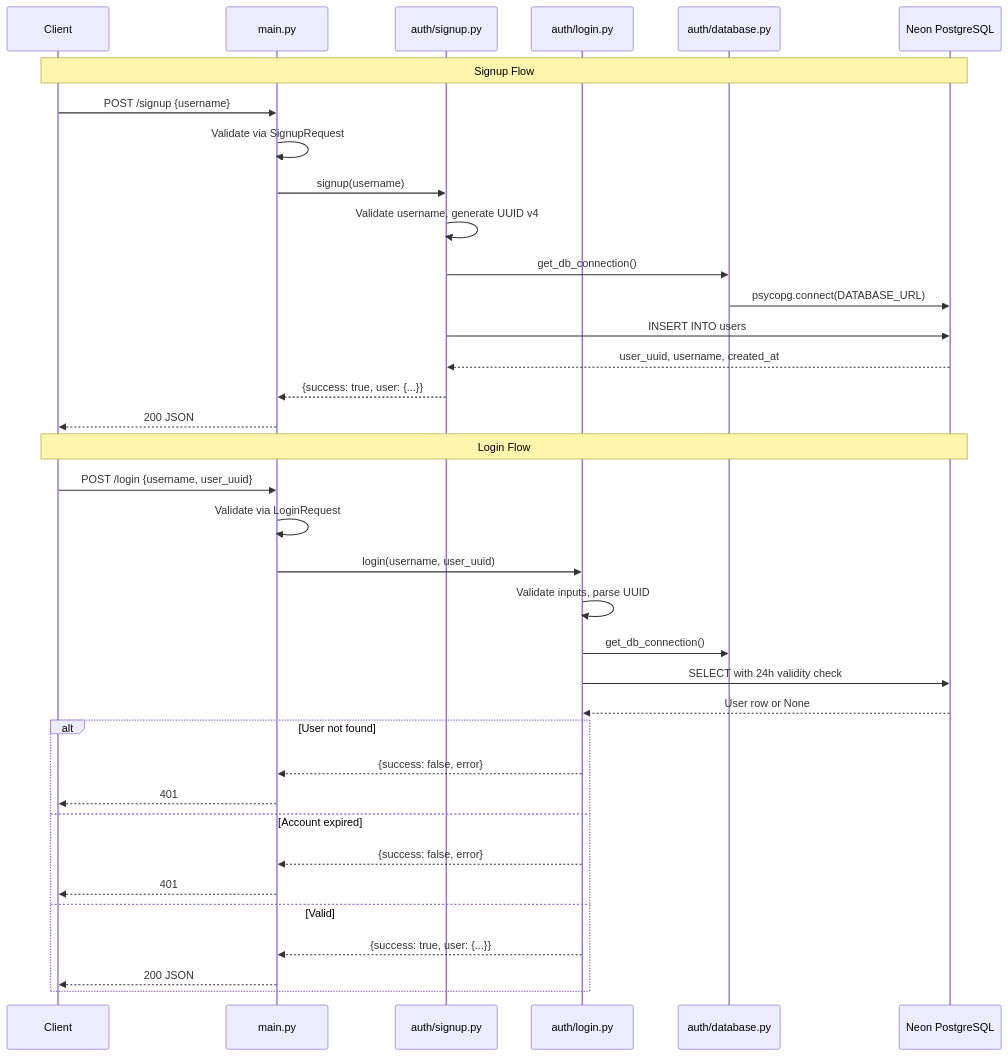
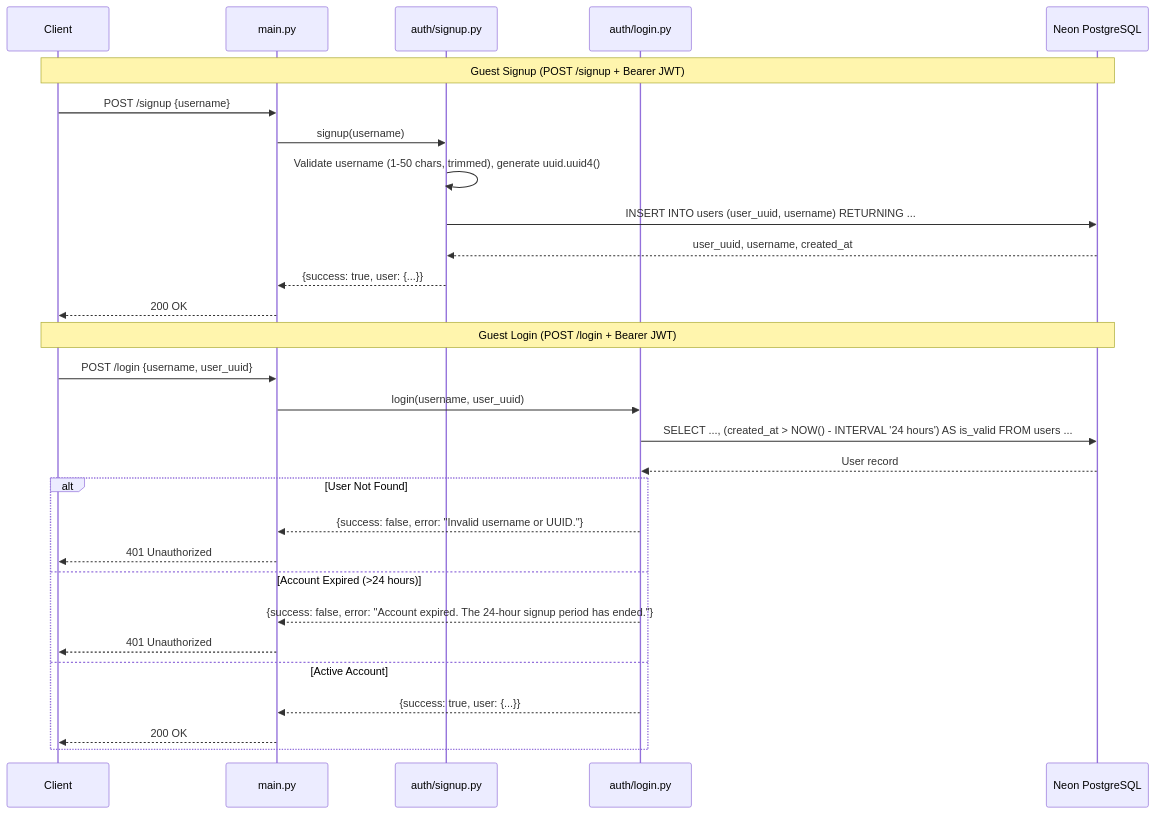
One commit to MONARCH1108/monarch-AI-Bot changed the third of 5 diagrams in server/Documents/PROJECT_FLOWS.md. Above: the diagram before and after it, drawn with Mermaid. The commit also changed other lines of this file and 12 other files, not shown here.

````diff
--- a/server/Documents/PROJECT_FLOWS.md
+++ b/server/Documents/PROJECT_FLOWS.md
@@ -84,40 +114,33 @@
 ```mermaid
 sequenceDiagram
     participant Client
     participant FastAPI as main.py
     participant Signup as auth/signup.py
     participant Login as auth/login.py
-    participant DB as auth/database.py
     participant Postgres as Neon PostgreSQL
 
-    Note over Client,Postgres: Signup Flow
+    Note over Client,Postgres: Guest Signup (POST /signup + Bearer JWT)
     Client->>FastAPI: POST /signup {username}
-    FastAPI->>FastAPI: Validate via SignupRequest
     FastAPI->>Signup: signup(username)
-    Signup->>Signup: Validate username, generate UUID v4
-    Signup->>DB: get_db_connection()
-    DB->>Postgres: psycopg.connect(DATABASE_URL)
-    Signup->>Postgres: INSERT INTO users
+    Signup->>Signup: Validate username (1-50 chars, trimmed), generate uuid.uuid4()
+    Signup->>Postgres: INSERT INTO users (user_uuid, username) RETURNING ...
     Postgres-->>Signup: user_uuid, username, created_at
     Signup-->>FastAPI: {success: true, user: {...}}
-    FastAPI-->>Client: 200 JSON
+    FastAPI-->>Client: 200 OK
 
-    Note over Client,Postgres: Login Flow
+    Note over Client,Postgres: Guest Login (POST /login + Bearer JWT)
     Client->>FastAPI: POST /login {username, user_uuid}
-    FastAPI->>FastAPI: Validate via LoginRequest
     FastAPI->>Login: login(username, user_uuid)
-    Login->>Login: Validate inputs, parse UUID
-    Login->>DB: get_db_connection()
-    Login->>Postgres: SELECT with 24h validity check
-    Postgres-->>Login: User row or None
-    alt User not found
-        Login-->>FastAPI: {success: false, error}
-        FastAPI-->>Client: 401
-    else Account expired
-        Login-->>FastAPI: {success: false, error}
-        FastAPI-->>Client: 401
-    else Valid
+    Login->>Postgres: SELECT ..., (created_at > NOW() - INTERVAL '24 hours') AS is_valid FROM users ...
+    Postgres-->>Login: User record
+    alt User Not Found
+        Login-->>FastAPI: {success: false, error: "Invalid username or UUID."}
+        FastAPI-->>Client: 401 Unauthorized
+    else Account Expired (>24 hours)
+        Login-->>FastAPI: {success: false, error: "Account expired. The 24-hour signup period has ended."}
+        FastAPI-->>Client: 401 Unauthorized
+    else Active Account
         Login-->>FastAPI: {success: true, user: {...}}
-        FastAPI-->>Client: 200 JSON
+        FastAPI-->>Client: 200 OK
     end
 ```
````
